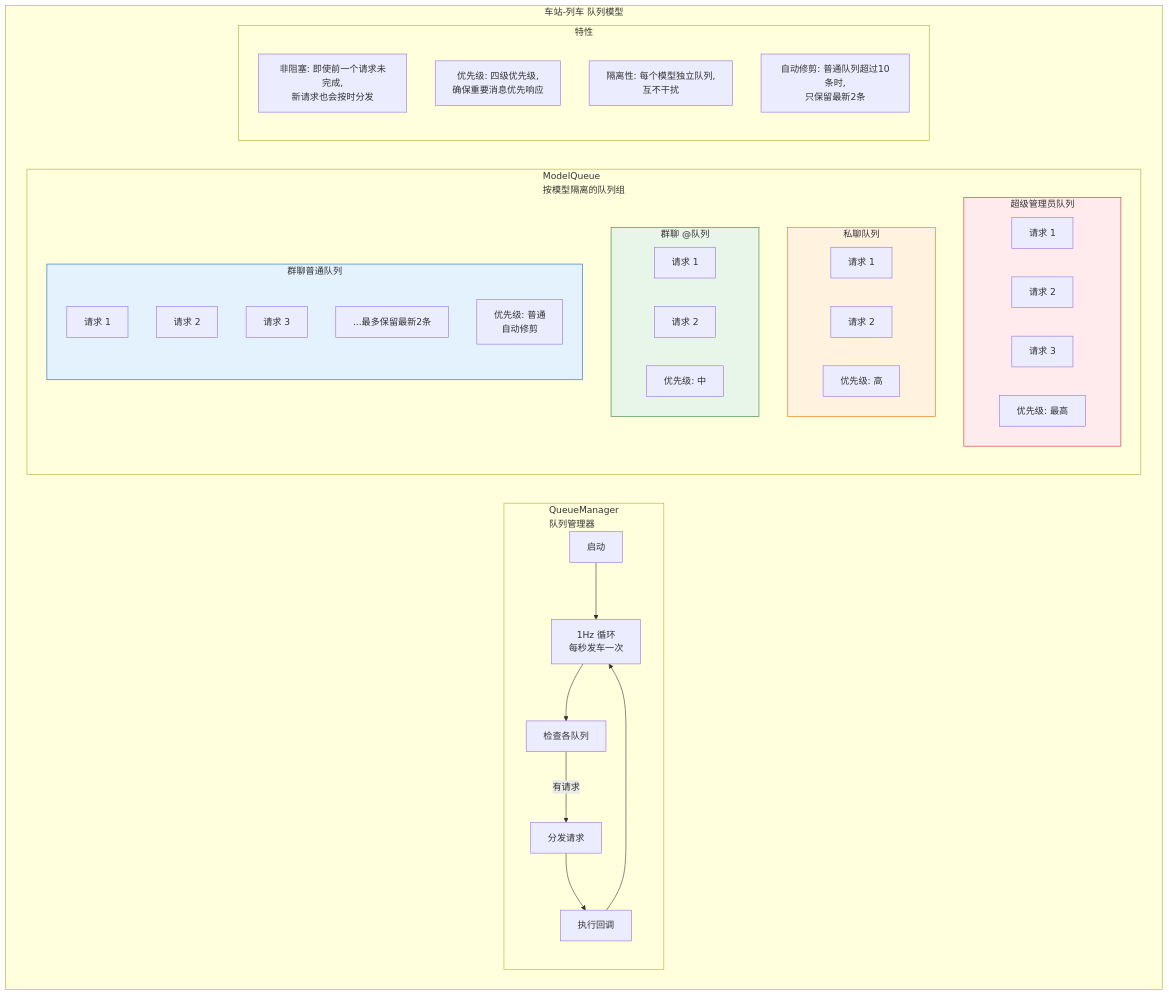
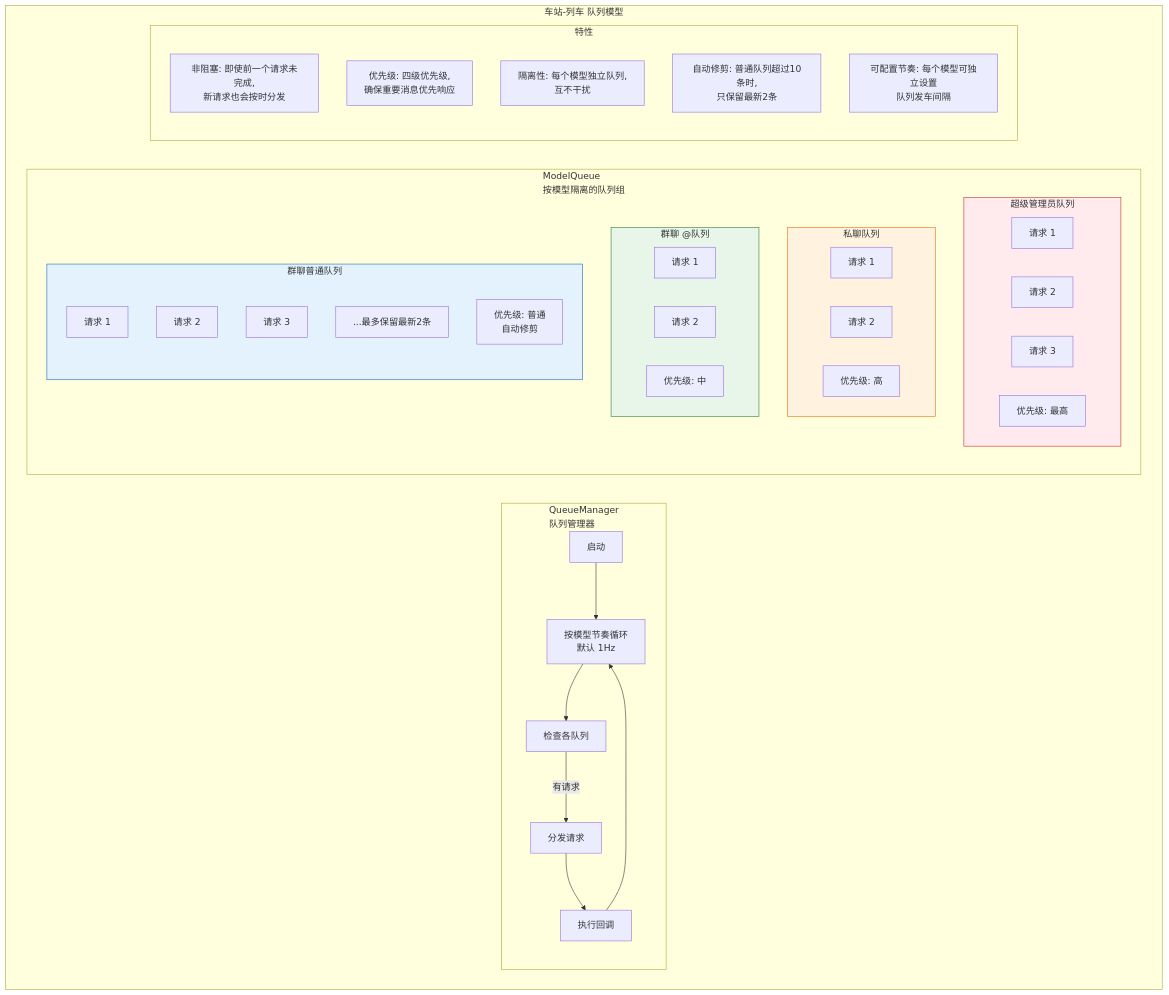
The fifth of 7 diagrams in ARCHITECTURE.md (69gg/Undefined), drawn with Mermaid before and after one commit. The commit also changed other lines of this file, not shown here.

Commit message:
docs(architecture): update hot reload and queue cadence

````diff
--- a/ARCHITECTURE.md
+++ b/ARCHITECTURE.md
@@ -486,63 +491,64 @@
 ```mermaid
 graph TB
     subgraph QueueModel["车站-列车 队列模型"]
         subgraph QueueManager["QueueManager<br/>队列管理器"]
             direction TB
             Start["启动"]
-            Loop["1Hz 循环<br/>每秒发车一次"]
+            Loop["按模型节奏循环<br/>默认 1Hz"]
             Check["检查各队列"]
             Dispatch["分发请求"]
             Exec["执行回调"]
             
             Start --> Loop
             Loop --> Check
             Check -->|"有请求"| Dispatch
             Dispatch --> Exec
             Exec --> Loop
         end
         
         subgraph ModelQueues["ModelQueue<br/>按模型隔离的队列组"]
             direction TB
             
             subgraph AdminQueue["超级管理员队列"]
                 QA1["请求 1"]
                 QA2["请求 2"]
                 QA3["请求 3"]
                 PriorityA["优先级: 最高"]
             end
             
             subgraph PrivateQueue["私聊队列"]
                 QP1["请求 1"]
                 QP2["请求 2"]
                 PriorityP["优先级: 高"]
             end
             
             subgraph MentionQueue["群聊 @队列"]
                 QM1["请求 1"]
                 QM2["请求 2"]
                 PriorityM["优先级: 中"]
             end
             
             subgraph NormalQueue["群聊普通队列"]
                 QN1["请求 1"]
                 QN2["请求 2"]
                 QN3["请求 3"]
                 QN_N["...最多保留最新2条"]
                 PriorityN["优先级: 普通<br/>自动修剪"]
             end
         end
         
         subgraph Features["特性"]
             F1["非阻塞: 即使前一个请求未完成,<br/>新请求也会按时分发"]
             F2["优先级: 四级优先级,<br/>确保重要消息优先响应"]
             F3["隔离性: 每个模型独立队列,<br/>互不干扰"]
             F4["自动修剪: 普通队列超过10条时,<br/>只保留最新2条"]
+            F5["可配置节奏: 每个模型可独立设置<br/>队列发车间隔"]
         end
     end
     
     %% 样式
     style AdminQueue fill:#ffebee,stroke:#c62828
     style PrivateQueue fill:#fff3e0,stroke:#ef6c00
     style MentionQueue fill:#e8f5e9,stroke:#2e7d32
     style NormalQueue fill:#e3f2fd,stroke:#1565c0
 ```
````
